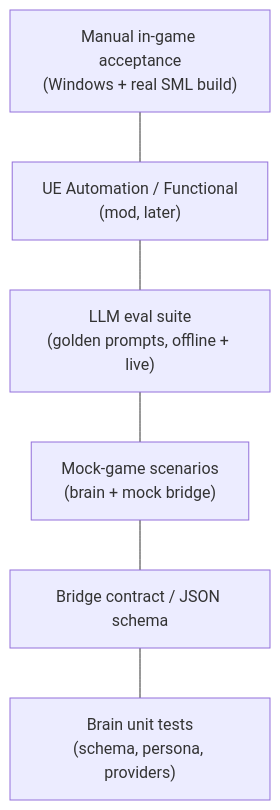
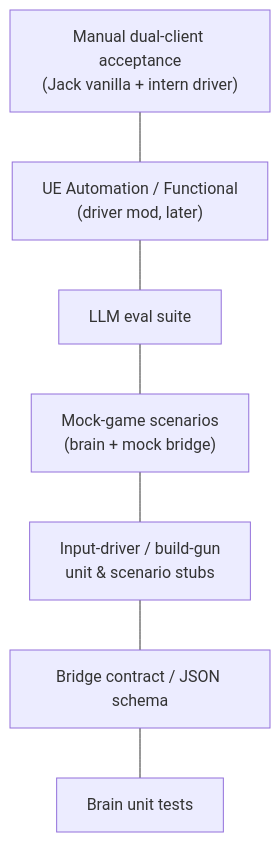
Before and after one commit to Jack-Reason/unpaid-intern: the diagram in docs/TEST-PLAN.md, drawn with Mermaid. The commit also changed other lines of this file and 26 other files, not shown here.

First line of the commit message:
feat(adr-0006): second licence + client-side driver mod

````diff
--- a/docs/TEST-PLAN.md
+++ b/docs/TEST-PLAN.md
@@ -9,15 +9,17 @@
 ```mermaid
 flowchart TB
-  Manual["Manual in-game acceptance\n(Windows + real SML build)"]
-  UE["UE Automation / Functional\n(mod, later)"]
-  LLM["LLM eval suite\n(golden prompts, offline + live)"]
+  Manual["Manual dual-client acceptance\n(Jack vanilla + intern driver)"]
+  UE["UE Automation / Functional\n(driver mod, later)"]
+  LLM["LLM eval suite"]
   Scenario["Mock-game scenarios\n(brain + mock bridge)"]
+  Driver["Input-driver / build-gun\nunit & scenario stubs"]
   Contract["Bridge contract / JSON schema"]
-  Unit["Brain unit tests\n(schema, persona, providers)"]
+  Unit["Brain unit tests"]
 
   Manual --- UE
   UE --- LLM
   LLM --- Scenario
-  Scenario --- Contract
+  Scenario --- Driver
+  Driver --- Contract
   Contract --- Unit
 ```
````
